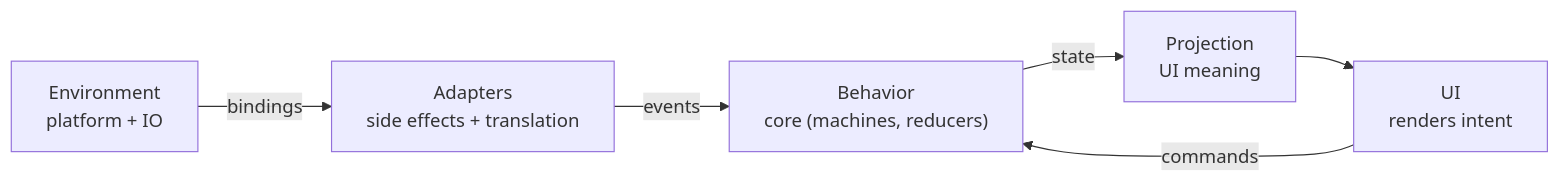
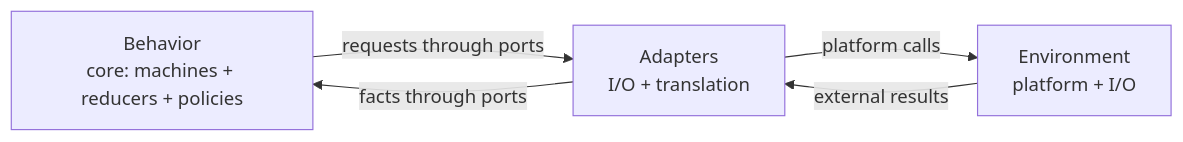
The diagram in src/content/blog/when-code-becomes-cheap.md (0xjcf/port8080folio), drawn with Mermaid before and after one commit. The commit also changed other lines of this file and 5 other files, not shown here.

Commit message:
Revise architecture article and content loading

````diff
--- a/src/content/blog/when-code-becomes-cheap.md
+++ b/src/content/blog/when-code-becomes-cheap.md
@@ -72,8 +94,11 @@
 ```mermaid
 flowchart LR
-  ENV["Environment<br/>platform + IO"] -->|bindings| AD["Adapters<br/>side effects + translation"]
-  AD -->|events| BEH["Behavior<br/>core (machines, reducers)"]
-  BEH -->|state| PROJ["Projection<br/>UI meaning"]
-  PROJ --> UI["UI<br/>renders intent"]
-  UI -->|commands| BEH
+  BEH["Behavior<br/>core: machines + reducers + policies"]
+  AD["Adapters<br/>I/O + translation"]
+  ENV["Environment<br/>platform + I/O"]
+
+  BEH -->|requests through ports| AD
+  AD -->|facts through ports| BEH
+  AD -->|platform calls| ENV
+  ENV -->|external results| AD
 ```
````
